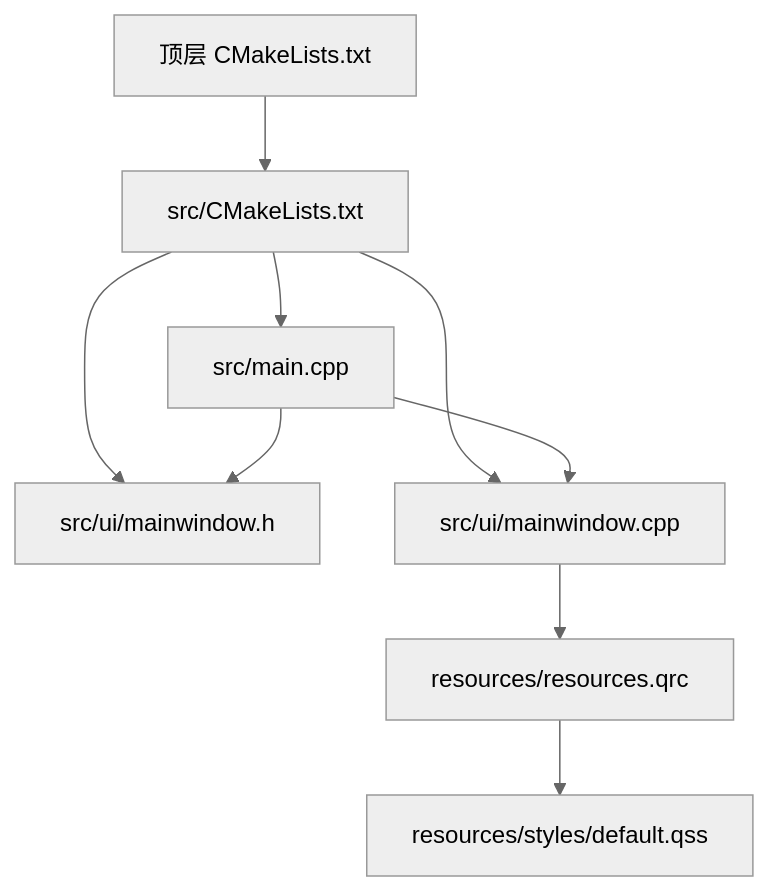
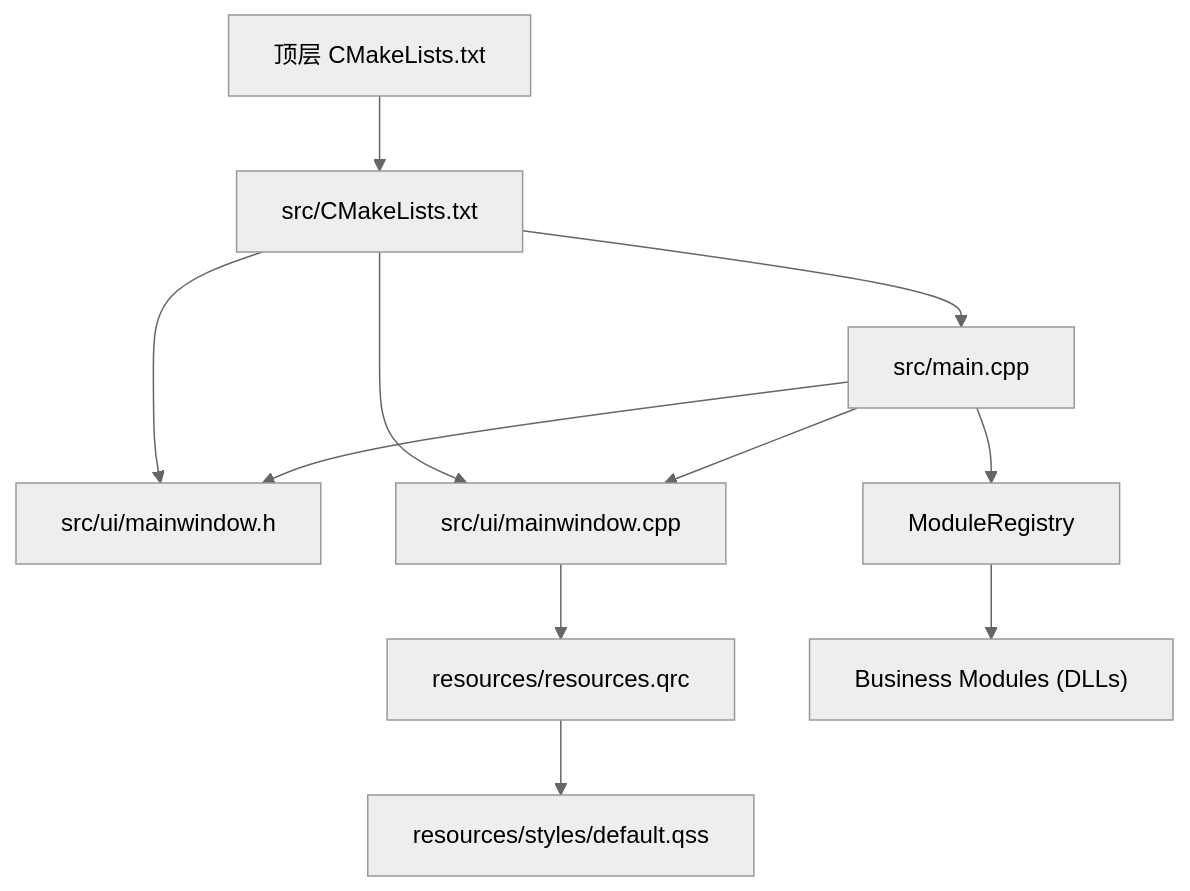
One commit to jakecai1225-design/OpenBus changed the first of 8 diagrams in .qoder/repowiki/zh/content/核心模块详解/应用程序入口.md. Above: the diagram before and after it, drawn with Mermaid (neutral theme). The commit also changed other lines of this file and 58 other files, not shown here.

````diff
--- a/.qoder/repowiki/zh/content/核心模块详解/应用程序入口.md
+++ b/.qoder/repowiki/zh/content/核心模块详解/应用程序入口.md
@@ -48,11 +52,13 @@
 ```mermaid
 graph TB
 A["顶层 CMakeLists.txt"] --> B["src/CMakeLists.txt"]
 B --> C["src/main.cpp"]
 B --> D["src/ui/mainwindow.h"]
 B --> E["src/ui/mainwindow.cpp"]
 F["resources/resources.qrc"] --> G["resources/styles/default.qss"]
 C --> D
 C --> E
 E --> F
+C --> H["ModuleRegistry"]
+H --> I["Business Modules (DLLs)"]
 ```
````
